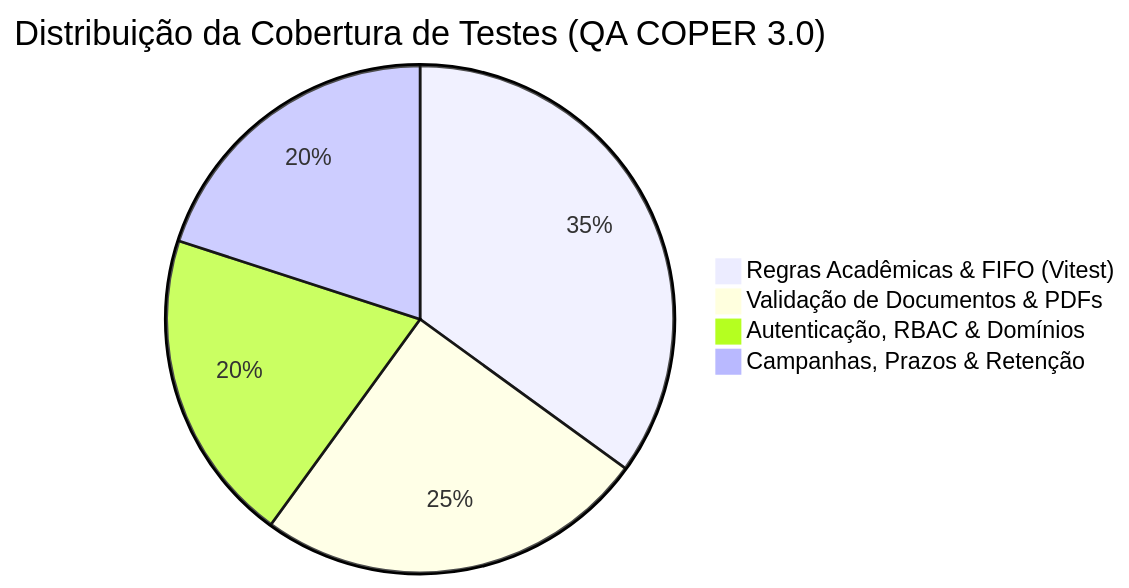
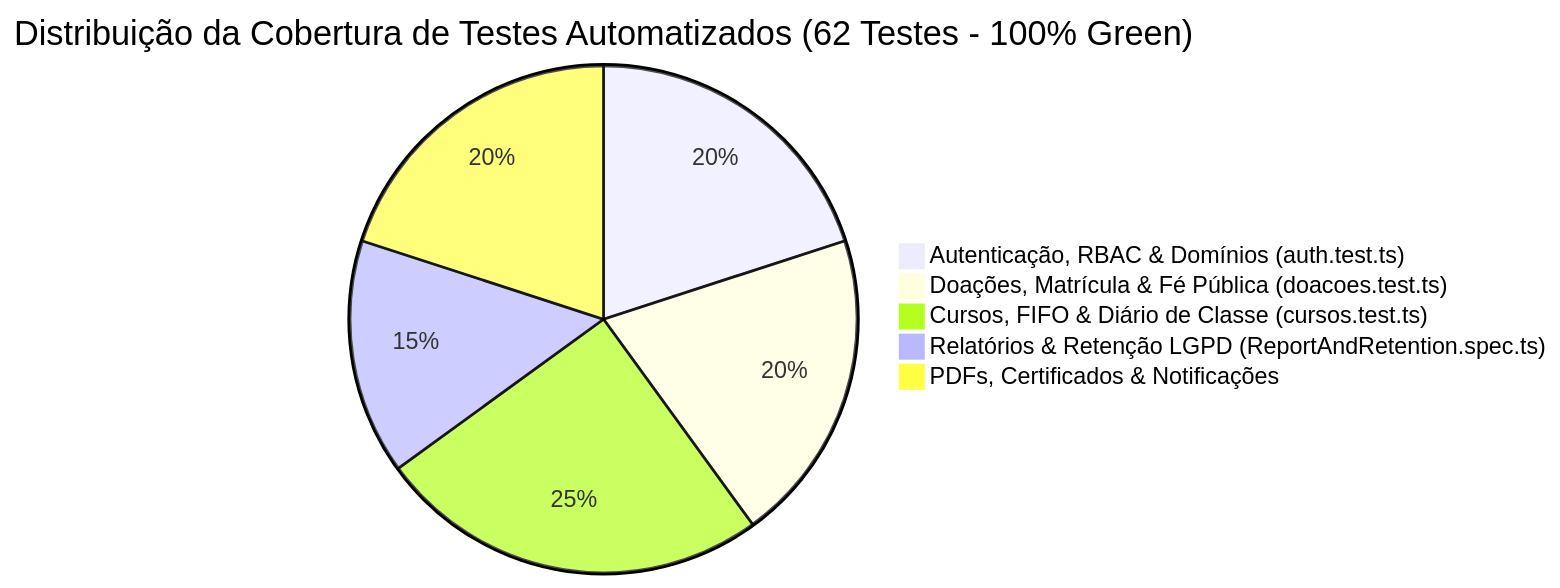
Before and after one commit to SchutzL22/gestaodoacaonovo: the diagram in documentacao/05-plano-de-testes-e-qa.md, drawn with Mermaid. The commit also changed other lines of this file and 588 other files, not shown here.

````diff
--- a/documentacao/05-plano-de-testes-e-qa.md
+++ b/documentacao/05-plano-de-testes-e-qa.md
@@ -9,7 +9,8 @@
 ```mermaid
-pie title Distribuição da Cobertura de Testes (QA COPER 3.0)
-    "Regras Acadêmicas & FIFO (Vitest)" : 35
-    "Validação de Documentos & PDFs" : 25
-    "Autenticação, RBAC & Domínios" : 20
-    "Campanhas, Prazos & Retenção" : 20
+pie title Distribuição da Cobertura de Testes Automatizados (62 Testes - 100% Green)
+    "Autenticação, RBAC & Domínios (auth.test.ts)" : 20
+    "Doações, Matrícula & Fé Pública (doacoes.test.ts)" : 20
+    "Cursos, FIFO & Diário de Classe (cursos.test.ts)" : 25
+    "Relatórios & Retenção LGPD (ReportAndRetention.spec.ts)" : 15
+    "PDFs, Certificados & Notificações" : 20
 ```
````
